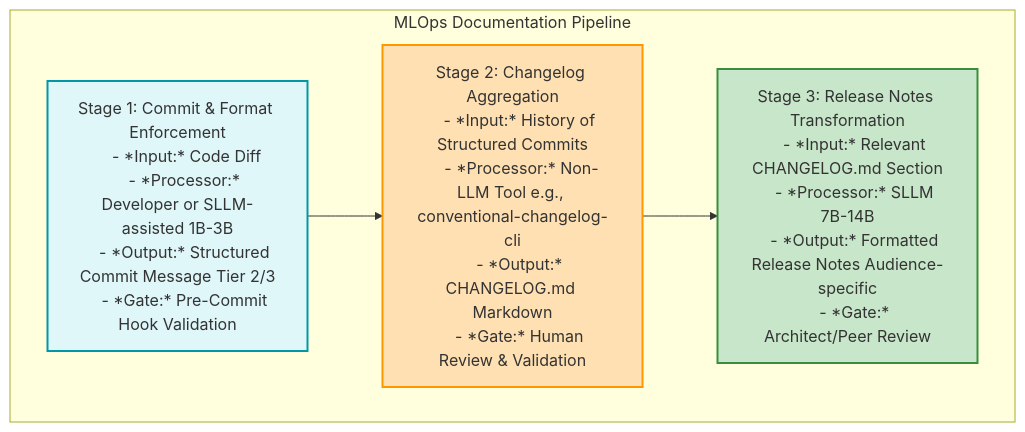
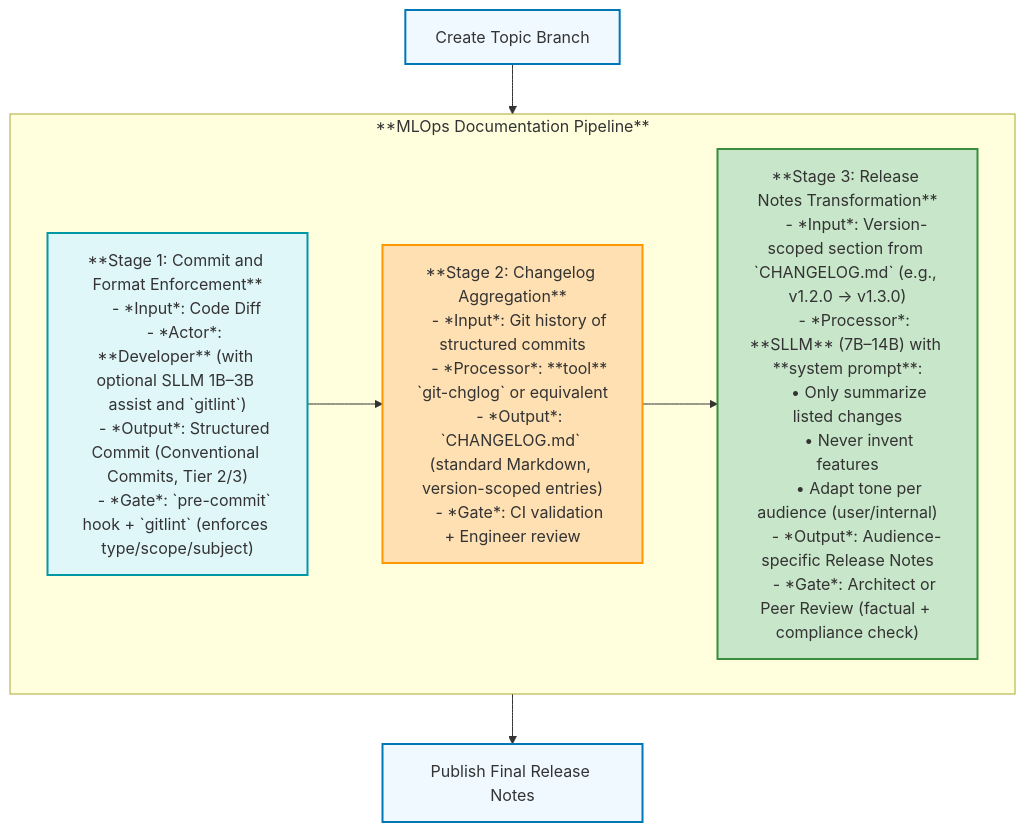
Before and after one commit to lefthand67/ai_engineering_handbook: the diagram in mlops/git_workflows/sllm_backed_release_documentation_pipeline_architecture.md, drawn with Mermaid. The commit also changed other lines of this file and 1 other file, not shown here.

First line of the commit message:
feat: Update documentation pipeline architecture to 0.2.0

````diff
--- a/mlops/git_workflows/sllm_backed_release_documentation_pipeline_architecture.md
+++ b/mlops/git_workflows/sllm_backed_release_documentation_pipeline_architecture.md
@@ -87,46 +38,46 @@
 ```mermaid
 ---
 config:
   layout: dagre
   theme: default
 ---
-flowchart TD
+flowchart TB
+ subgraph MLOps_Doc_Pipeline["**MLOps Documentation Pipeline**"]
+    direction LR
+    
+    B["**Stage 1: Commit and Format Enforcement**
+    - *Input*: Code Diff
+    - *Actor*: **Developer** (with optional SLLM 1B–3B assist and `gitlint`)
+    - *Output*: Structured Commit (Conventional Commits, Tier 2/3)
+    - *Gate*: `pre-commit` hook + `gitlint` (enforces type/scope/subject)"]
+    
+    D["**Stage 2: Changelog Aggregation**
+    - *Input*: Git history of structured commits
+    - *Processor*: **tool** `git-chglog` or equivalent
+    - *Output*: `CHANGELOG.md` (standard Markdown, version-scoped entries)
+    - *Gate*: CI validation + Engineer review"]
+    
+    E["**Stage 3: Release Notes Transformation**
+    - *Input*: Version-scoped section from `CHANGELOG.md` (e.g., v1.2.0 → v1.3.0)
+    - *Processor*: **SLLM** (7B–14B) with **system prompt**:
+      • Only summarize listed changes
+      • Never invent features
+      • Adapt tone per audience (user/internal)
+    - *Output*: Audience-specific Release Notes
+    - *Gate*: Architect or Peer Review (factual + compliance check)"]
+  end
+    A["Create Topic Branch"] --> MLOps_Doc_Pipeline
+    B --> D
+    D --> E
+    MLOps_Doc_Pipeline --> F["Publish Final Release Notes"]
 
-  subgraph MLOps Documentation Pipeline
-    direction LR
-
-    %% 1. Input / Development (SLLM only ASSISTS)
-    B[Stage 1: Commit & Format Enforcement
-    - *Input:* Code Diff
-    - *Processor:* Developer or SLLM-assisted 1B-3B
-    - *Output:* Structured Commit Message Tier 2/3
-    - *Gate:* Pre-Commit Hook Validation]
-    
-    %% 2. Transformation / Documentation (CRITICAL ENABLER)
-    D[Stage 2: Changelog Aggregation
-    - *Input:* History of Structured Commits
-    - *Processor:* Non-LLM Tool e.g., conventional-changelog-cli
-    - *Output:* CHANGELOG.md Markdown
-    - *Gate:* Human Review & Validation]
-    
-    B --> D
-
-    %% 3. Release Stage
-    E[Stage 3: Release Notes Transformation
-    - *Input:* Relevant CHANGELOG.md Section
-    - *Processor:* SLLM 7B-14B
-    - *Output:* Formatted Release Notes Audience-specific
-    - *Gate:* Architect/Peer Review]
-
-    D --> E
-    
-  end
-
-  classDef sllm1 fill:#e0f7fa,stroke:#0097a7,stroke-width:2px;
-  classDef sllm2 fill:#c8e6c9,stroke:#388e3c,stroke-width:2px;
-  classDef tool fill:#ffe0b2,stroke:#ff9800,stroke-width:2px;
-
-  class B sllm1;
-  class D tool;
-  class E sllm2;
+     A:::ioStage
+     B:::devStage
+     D:::toolStage
+     E:::sllmStage
+     F:::ioStage
+    classDef devStage fill:#e0f7fa,stroke:#0097a7,stroke-width:2px
+    classDef toolStage fill:#ffe0b2,stroke:#ff9800,stroke-width:2px
+    classDef sllmStage fill:#c8e6c9,stroke:#388e3c,stroke-width:2px
+    classDef ioStage fill:#f0f9ff,stroke:#0077b6,stroke-width:2px
 ```
````
